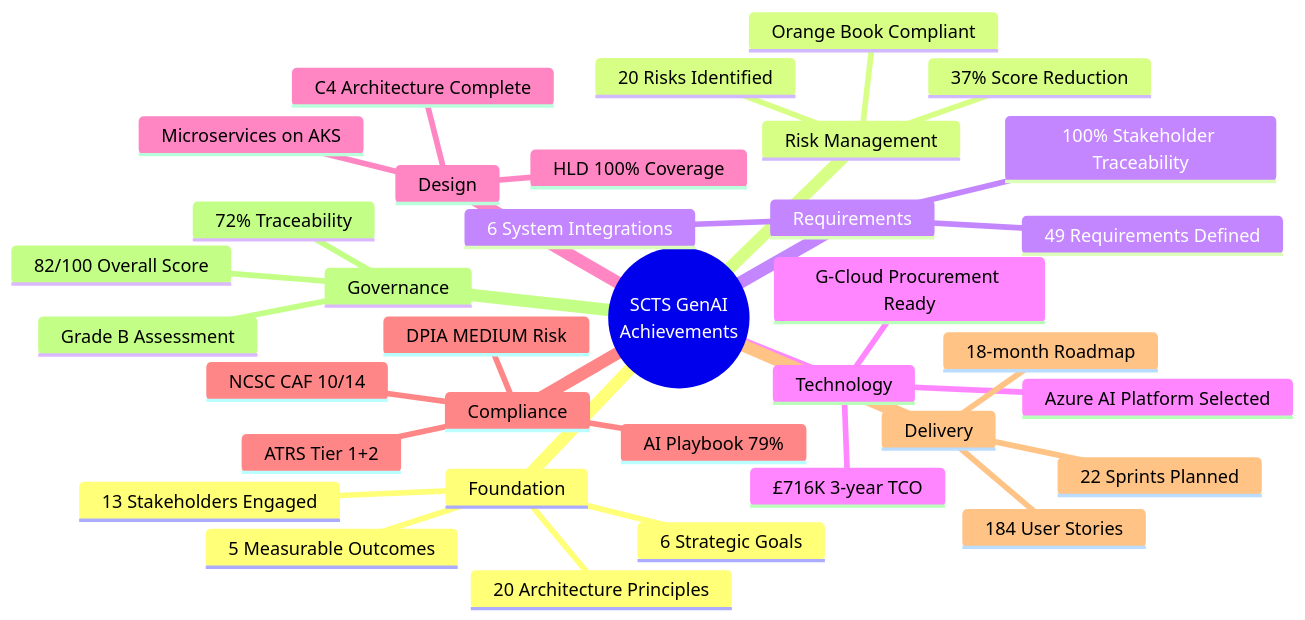
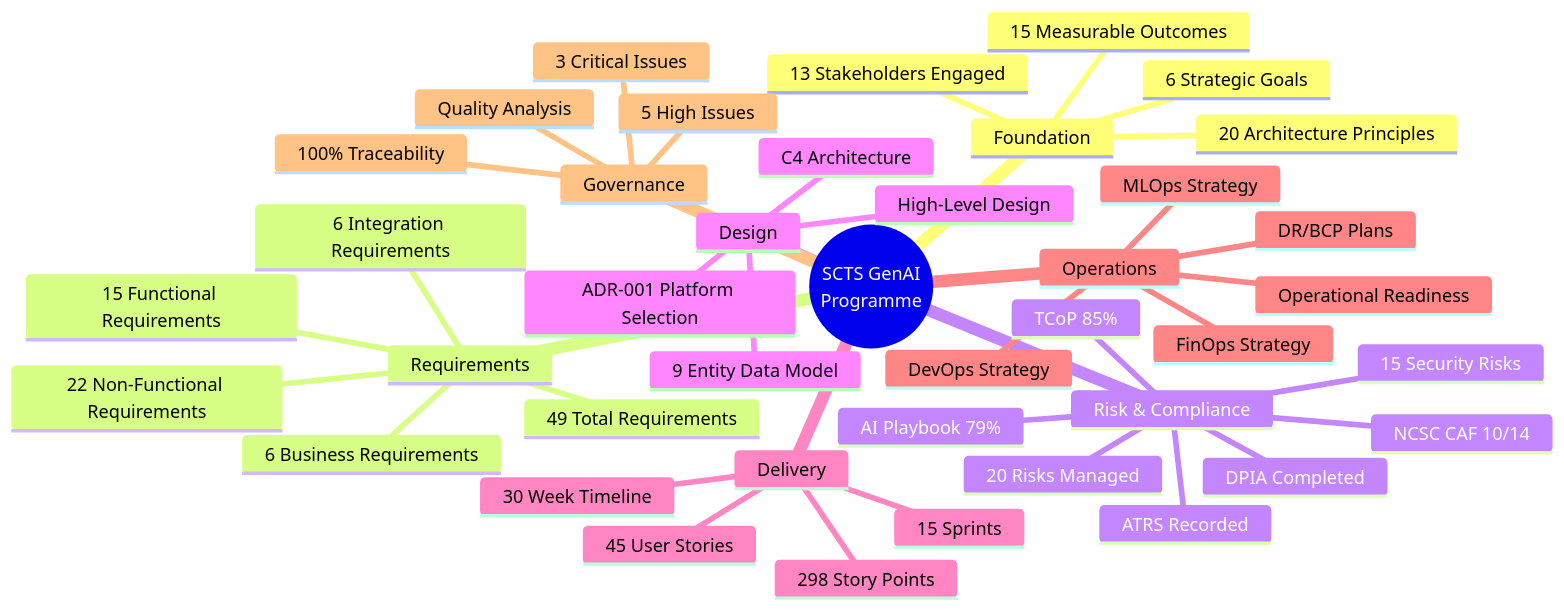
One commit to tractorjuice/arckit-test-project-v14-scottish-courts changed the tenth of 10 diagrams in projects/001-scts-genai-programme/PROJECT-STORY.md. Above: the diagram before and after it, drawn with Mermaid. The commit also changed other lines of this file, not shown here.

First line of the commit message:
docs: update PROJECT-STORY.md to v2.0 with comprehensive timeline analysis

````diff
--- a/projects/001-scts-genai-programme/PROJECT-STORY.md
+++ b/projects/001-scts-genai-programme/PROJECT-STORY.md
@@ -1196,38 +966,44 @@
 ```mermaid
 mindmap
-  root((SCTS GenAI<br/>Achievements))
+  root((SCTS GenAI<br/>Programme))
     Foundation
       20 Architecture Principles
       13 Stakeholders Engaged
       6 Strategic Goals
-      5 Measurable Outcomes
-    Risk Management
-      20 Risks Identified
-      37% Score Reduction
-      Orange Book Compliant
+      15 Measurable Outcomes
     Requirements
-      49 Requirements Defined
-      100% Stakeholder Traceability
-      6 System Integrations
-    Technology
-      Azure AI Platform Selected
-      £716K 3-year TCO
-      G-Cloud Procurement Ready
+      49 Total Requirements
+      6 Business Requirements
+      15 Functional Requirements
+      22 Non-Functional Requirements
+      6 Integration Requirements
+    Risk & Compliance
+      20 Risks Managed
+      15 Security Risks
+      AI Playbook 79%
+      TCoP 85%
+      NCSC CAF 10/14
+      DPIA Completed
+      ATRS Recorded
     Design
-      C4 Architecture Complete
-      HLD 100% Coverage
-      Microservices on AKS
-    Compliance
-      AI Playbook 79%
-      DPIA MEDIUM Risk
-      ATRS Tier 1+2
-      NCSC CAF 10/14
+      High-Level Design
+      C4 Architecture
+      9 Entity Data Model
+      ADR-001 Platform Selection
     Delivery
-      184 User Stories
-      22 Sprints Planned
-      18-month Roadmap
+      45 User Stories
+      298 Story Points
+      15 Sprints
+      30 Week Timeline
+    Operations
+      DevOps Strategy
+      MLOps Strategy
+      FinOps Strategy
+      Operational Readiness
+      DR/BCP Plans
     Governance
-      82/100 Overall Score
-      Grade B Assessment
-      72% Traceability
+      100% Traceability
+      Quality Analysis
+      3 Critical Issues
+      5 High Issues
 ```
````
